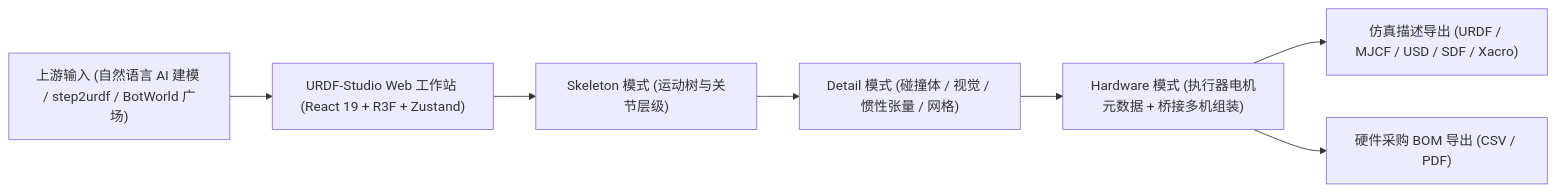
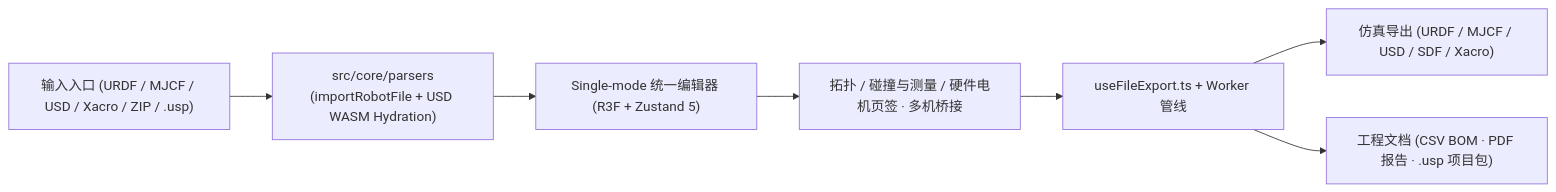
Before and after one commit to ImChong/Robotics_Notebooks: the first of 2 diagrams in wiki/entities/urdf-studio.md, drawn with Mermaid. The commit also changed other lines of this file and 41 other files, not shown here.

Commit message:
[2026-11-28] ingest | roadmap/depth-robot-modeling-digital-twin.md — 补齐 20 个纵深节点一手通读与阅读骨架，全路线达成 3/3 满分健康度

````diff
--- a/wiki/entities/urdf-studio.md
+++ b/wiki/entities/urdf-studio.md
@@ -59,9 +55,9 @@
 ```mermaid
 flowchart LR
-    Inputs["上游输入 (自然语言 AI 建模 / step2urdf / BotWorld 广场)"] --> Studio["URDF-Studio Web 工作站 (React 19 + R3F + Zustand)"]
-    Studio --> Skel["Skeleton 模式 (运动树与关节层级)"]
-    Skel --> Detail["Detail 模式 (碰撞体 / 视觉 / 惯性张量 / 网格)"]
-    Detail --> HW["Hardware 模式 (执行器电机元数据 + 桥接多机组装)"]
-    HW --> SimOut["仿真描述导出 (URDF / MJCF / USD / SDF / Xacro)"]
-    HW --> BomOut["硬件采购 BOM 导出 (CSV / PDF)"]
+    Inputs["输入入口 (URDF / MJCF / USD / Xacro / ZIP / .usp)"] --> Core["src/core/parsers\n(importRobotFile + USD WASM Hydration)"]
+    Core --> Editor["Single-mode 统一编辑器 (R3F + Zustand 5)"]
+    Editor --> Tabs["拓扑 / 碰撞与测量 / 硬件电机页签 · 多机桥接"]
+    Tabs --> Export["useFileExport.ts + Worker 管线"]
+    Export --> SimOut["仿真导出 (URDF / MJCF / USD / SDF / Xacro)"]
+    Export --> BomOut["工程文档 (CSV BOM · PDF 报告 · .usp 项目包)"]
 ```
````
